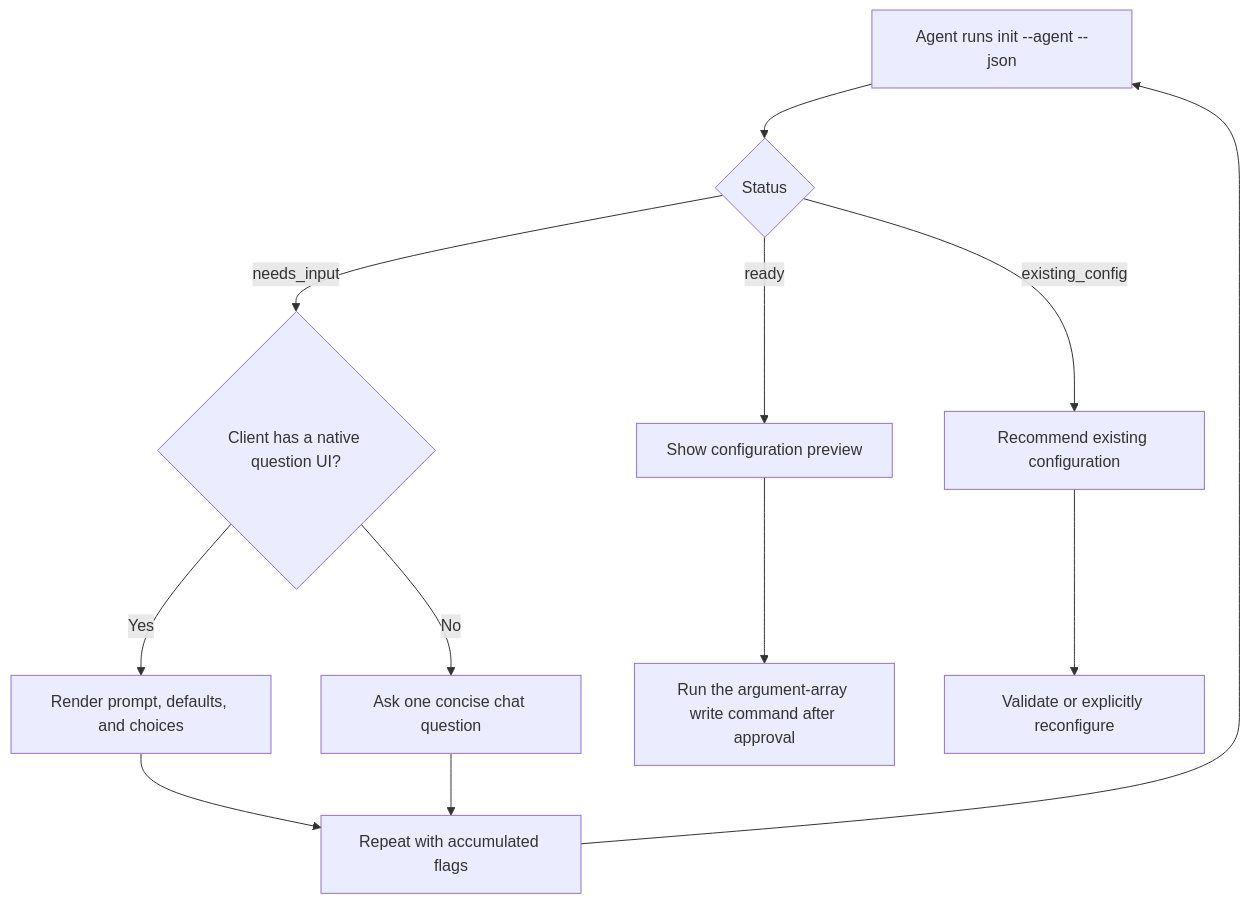
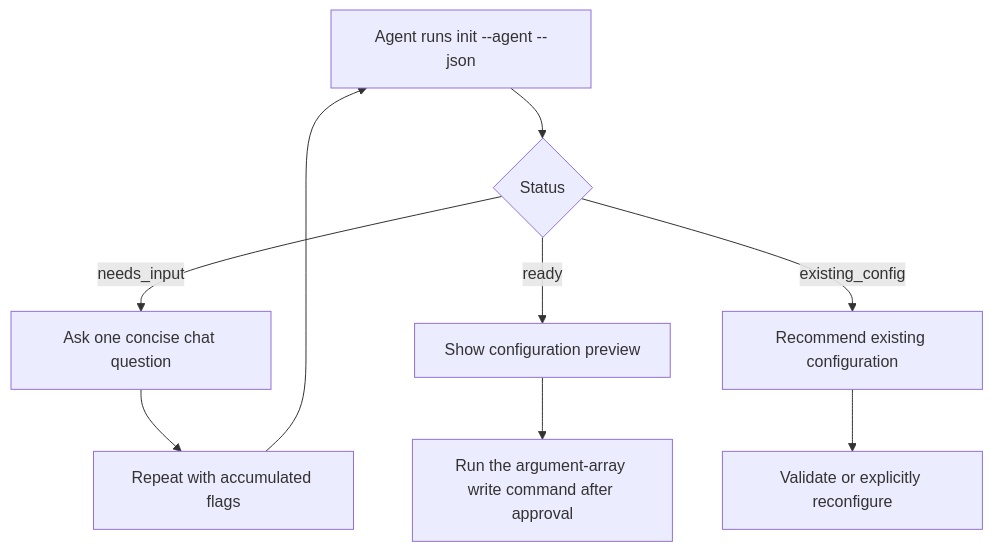
Before and after one commit to HiAriesZhou/DashBye: the diagram in docs/validation.md, drawn with Mermaid. The commit also changed other lines of this file and 5 other files, not shown here.

Commit message:
docs: make CLI the default setup flow

````diff
--- a/docs/validation.md
+++ b/docs/validation.md
@@ -39,14 +37,11 @@
 ```mermaid
 flowchart TD
   A[Agent runs init --agent --json] --> B{Status}
-  B -->|needs_input| C{Client has a native question UI?}
-  C -->|Yes| D[Render prompt, defaults, and choices]
-  C -->|No| E[Ask one concise chat question]
-  D --> F[Repeat with accumulated flags]
-  E --> F
+  B -->|needs_input| C[Ask one concise chat question]
+  C --> F[Repeat with accumulated flags]
   F --> A
   B -->|ready| G[Show configuration preview]
   G --> H[Run the argument-array write command after approval]
   B -->|existing_config| I[Recommend existing configuration]
   I --> J[Validate or explicitly reconfigure]
 ```
````
